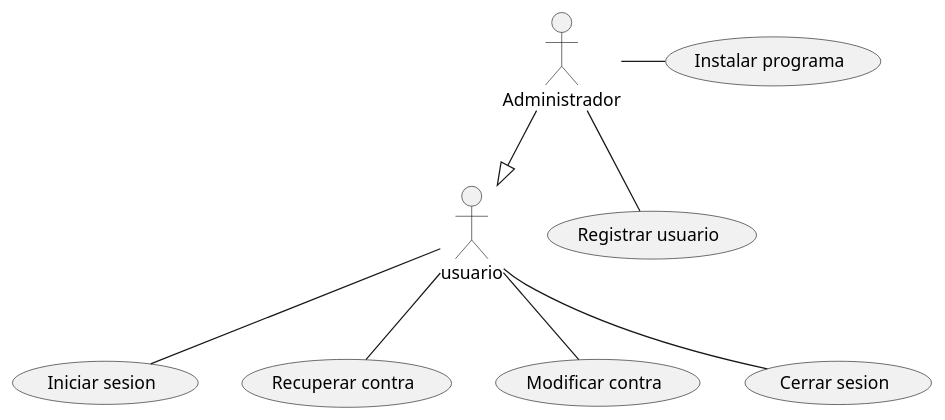
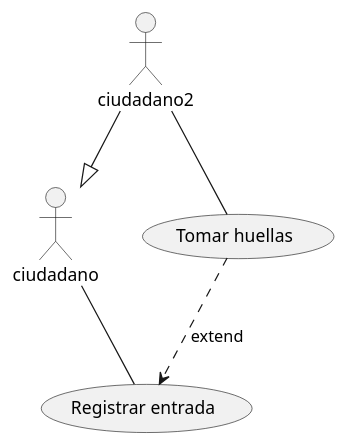
Before and after one commit to Dpketes/CasosDeUso: the diagram in src/CasosDeUso.puml, drawn with PlantUML.

Commit message:
Ejemplo variado 4

```diff
--- a/src/CasosDeUso.puml
+++ b/src/CasosDeUso.puml
@@ -1,23 +1,16 @@
 @startuml
-:usuario:
-:Administrador:
+:ciudadano:
+:ciudadano2:
 
-(Iniciar sesion)
-(Recuperar contra)
-(Modificar contra)
-(Cerrar sesion)
-(Registrar usuario)
-(Instalar programa)
+(Registrar entrada)
+(Tomar huellas)
 
 
-usuario--(Iniciar sesion)
-usuario--(Recuperar contra)
-usuario--(Modificar contra)
-usuario--(Cerrar sesion)
+ciudadano--(Registrar entrada)
+ciudadano2--(Tomar huellas)
 
-Administrador --|> usuario
+(Tomar huellas) ..> (Registrar entrada) : extend
 
-Administrador -- (Registrar usuario)
-Administrador - (Instalar programa)
+ciudadano2 --|> ciudadano
 
 @enduml
```
